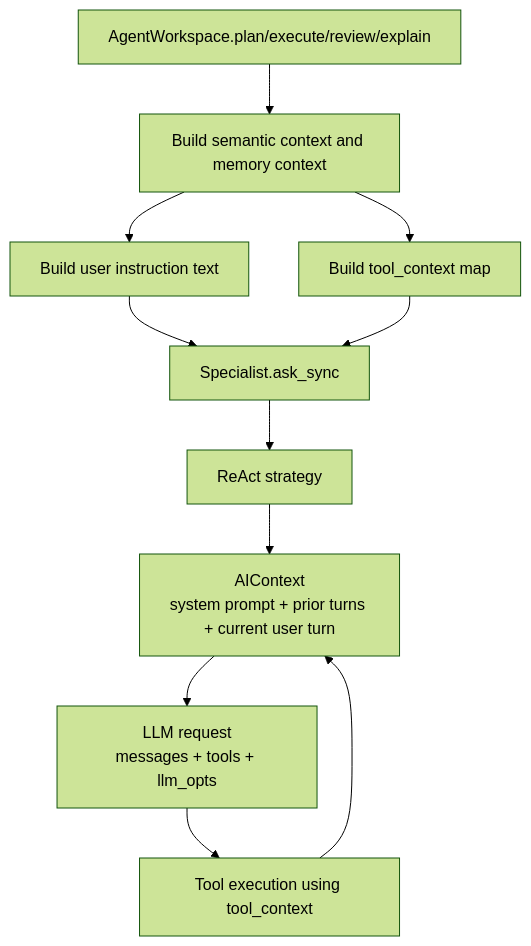
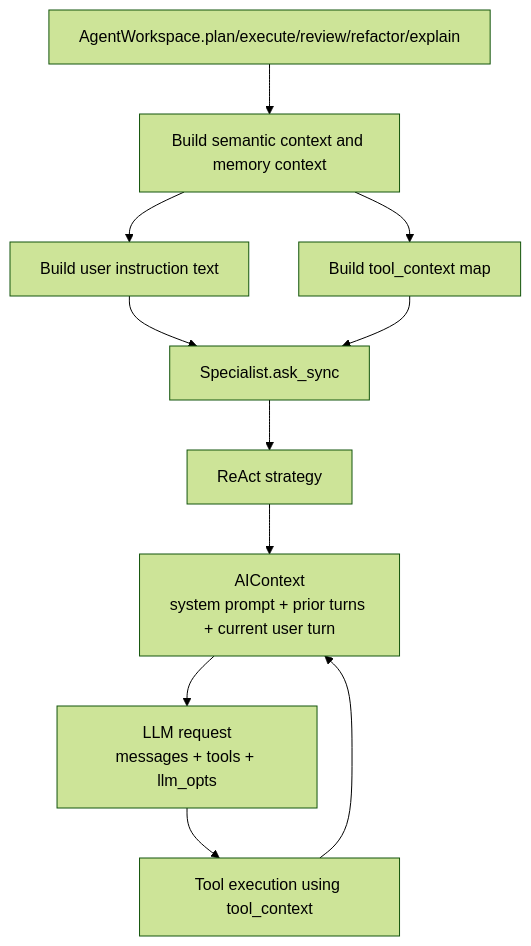
One commit to agentjido/jido_code changed the diagram in docs/developer/05-specialist-prompts-context-and-tool-execution.md. Above: the diagram before and after it, drawn with Mermaid (forest theme). The commit also changed other lines of this file and 13 other files, not shown here.

````diff
--- a/docs/developer/05-specialist-prompts-context-and-tool-execution.md
+++ b/docs/developer/05-specialist-prompts-context-and-tool-execution.md
@@ -27,23 +27,23 @@
 ```mermaid
 flowchart TD
-  A["AgentWorkspace.plan/execute/review/explain"]
+  A["AgentWorkspace.plan/execute/review/refactor/explain"]
   B["Build semantic context and memory context"]
   C["Build user instruction text"]
   D["Build tool_context map"]
   E["Specialist.ask_sync"]
   F["ReAct strategy"]
   G["AIContext<br/>system prompt + prior turns + current user turn"]
   H["LLM request<br/>messages + tools + llm_opts"]
   I["Tool execution using tool_context"]
 
   A --> B
   B --> C
   B --> D
   C --> E
   D --> E
   E --> F
   F --> G
   G --> H
   H --> I
   I --> G
 ```
````
